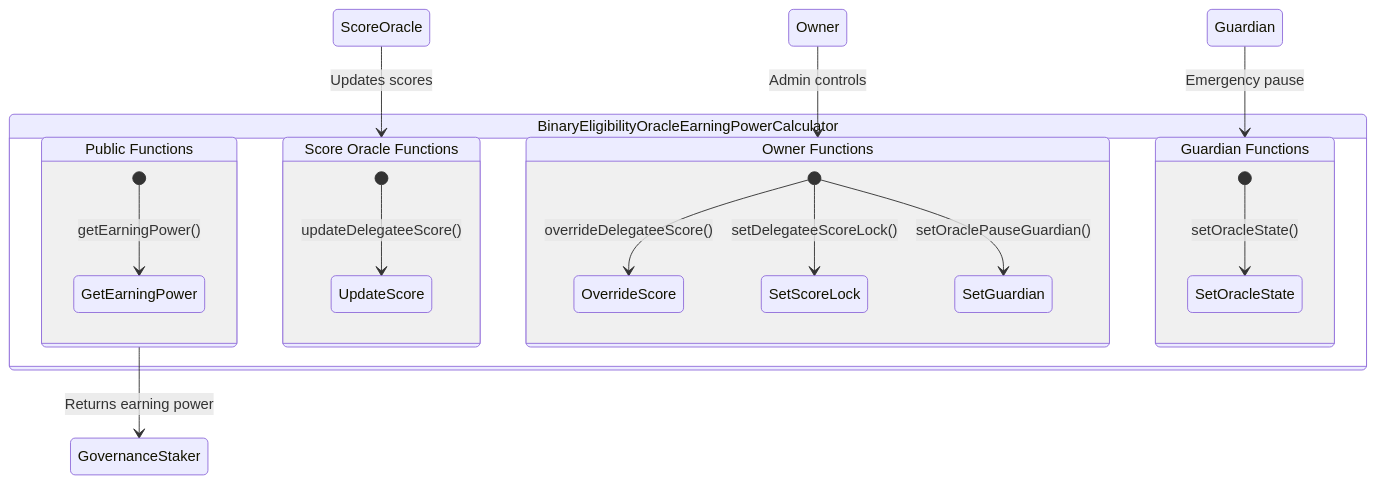
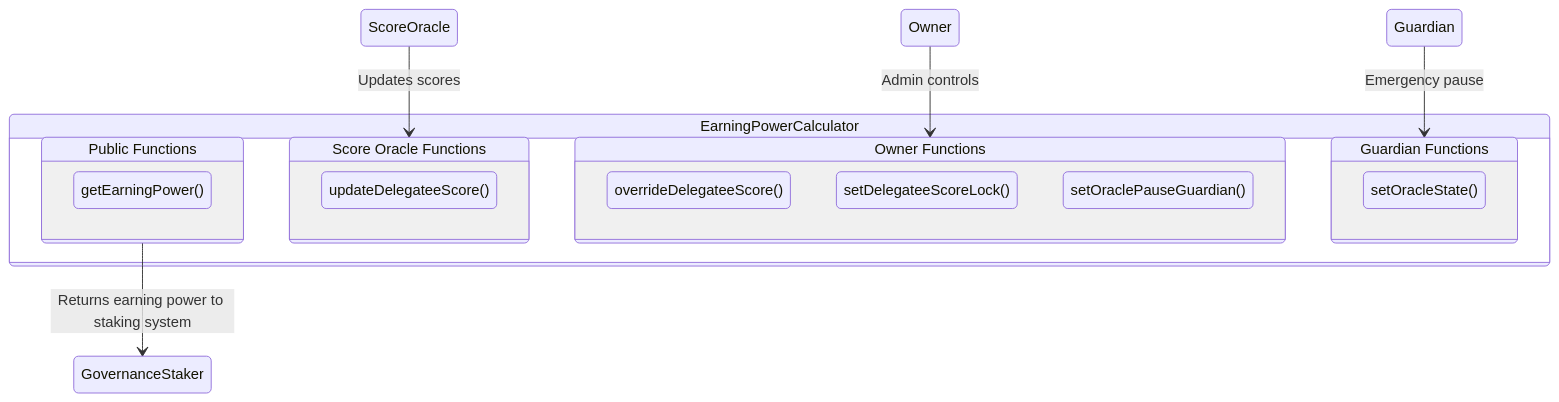
One commit to withtally/staker changed the second of 2 diagrams in README.md. Above: the diagram before and after it, drawn with Mermaid. The commit also changed other lines of this file, not shown here.

````diff
--- a/README.md
+++ b/README.md
@@ -73,31 +71,31 @@
 ```mermaid
 stateDiagram-v2
     direction TB
 
-    state BinaryEligibilityOracleEarningPowerCalculator {
+    state EarningPowerCalculator {
         state "Public Functions" as PF {
-            [*] --> GetEarningPower: getEarningPower()
+            GetEarningPower: getEarningPower()
         }
 
         state "Score Oracle Functions" as SOF {
-            [*] --> UpdateScore: updateDelegateeScore()
+            UpdateScore: updateDelegateeScore()
         }
 
         state "Owner Functions" as OF {
-            [*] --> OverrideScore: overrideDelegateeScore()
-            [*] --> SetScoreLock: setDelegateeScoreLock()
-            [*] --> SetGuardian: setOraclePauseGuardian()
+            OverrideScore: overrideDelegateeScore()
+            SetScoreLock: setDelegateeScoreLock()
+            SetGuardian: setOraclePauseGuardian()
         }
 
         state "Guardian Functions" as GF {
-            [*] --> SetOracleState: setOracleState()
+            SetOracleState: setOracleState()
         }
 
 
     }
 
     ScoreOracle --> SOF: Updates scores
     Owner --> OF: Admin controls
     Guardian --> GF: Emergency pause
-    PF --> GovernanceStaker: Returns earning power
+    PF --> GovernanceStaker: Returns earning power to staking system
 ```
````
